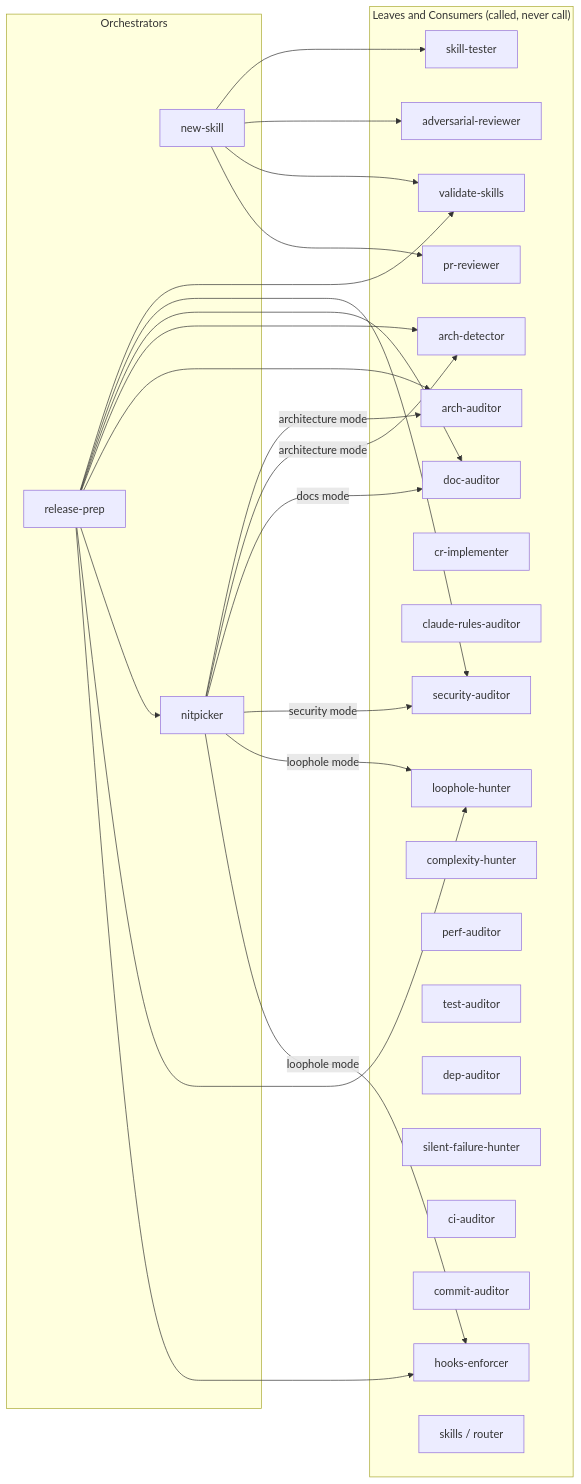
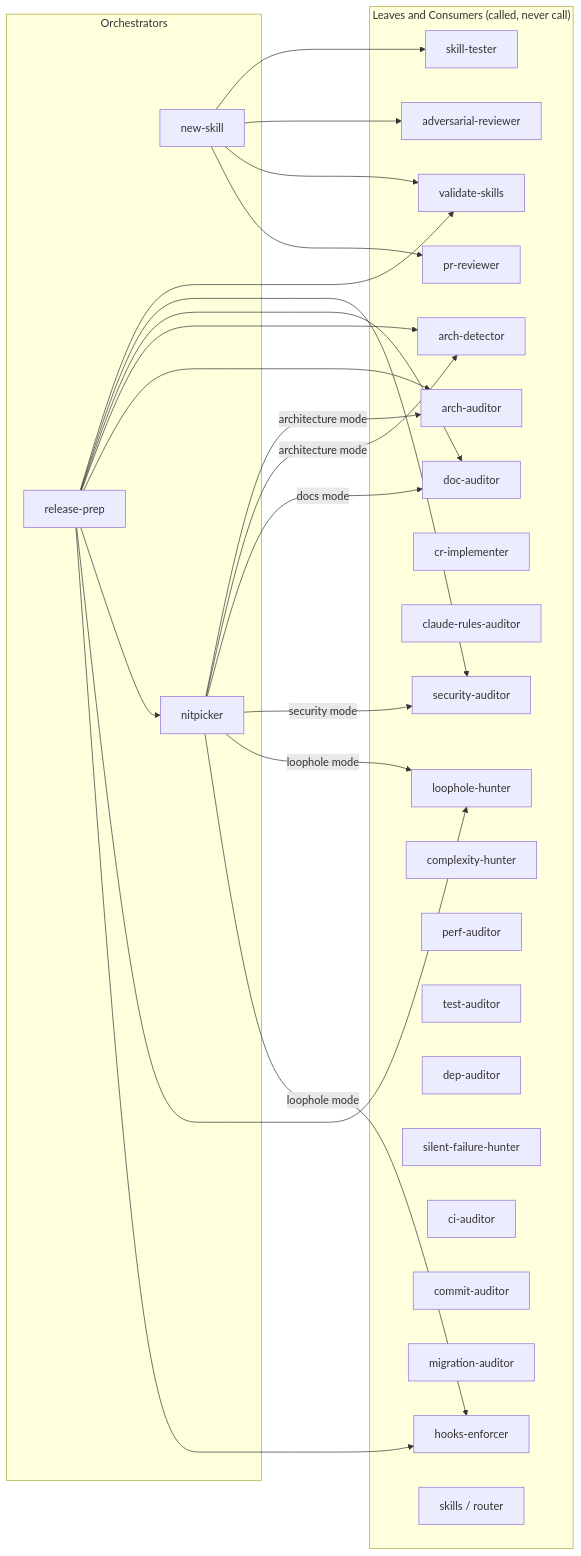
Before and after one commit to ivuorinen/skills: the sixth of 6 diagrams in .claude/skills/README.md, drawn with Mermaid. The commit also changed other lines of this file and 6 other files, not shown here.

Commit message:
feat: add migration-auditor skill (#39)

````diff
--- a/.claude/skills/README.md
+++ b/.claude/skills/README.md
@@ -331,52 +339,53 @@
 ```mermaid
 graph LR
     subgraph orchestrators["Orchestrators"]
         NS[new-skill]
         RP[release-prep]
         NP[nitpicker]
     end
 
     subgraph leaves["Leaves and Consumers (called, never call)"]
         AR[adversarial-reviewer]
         VS[validate-skills]
         AD[arch-detector]
         AA[arch-auditor]
         DA[doc-auditor]
         PR[pr-reviewer]
         SA[security-auditor]
         CRI[cr-implementer]
         CRA[claude-rules-auditor]
         LH[loophole-hunter]
         HE[hooks-enforcer]
         CH[complexity-hunter]
         PA[perf-auditor]
         TA[test-auditor]
         DEP[dep-auditor]
         SFH[silent-failure-hunter]
         CIA[ci-auditor]
         CMA[commit-auditor]
+        MA[migration-auditor]
         ST[skill-tester]
         SK[skills / router]
     end
 
     NS --> ST
     NS --> AR
     NS --> VS
     NS --> PR
 
     RP --> VS
     RP --> SA
     RP --> DA
     RP --> AD
     RP --> AA
     RP --> NP
     RP --> LH
     RP --> HE
 
     NP -->|architecture mode| AA
     NP -->|architecture mode| AD
     NP -->|docs mode| DA
     NP -->|security mode| SA
     NP -->|loophole mode| LH
     NP -->|loophole mode| HE
 ```
````
